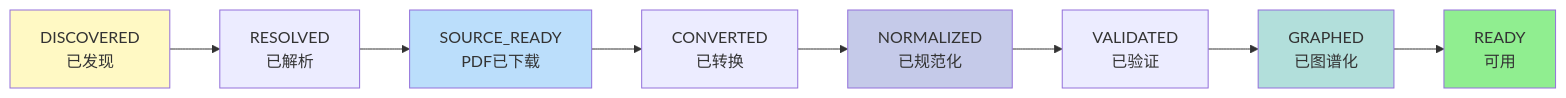
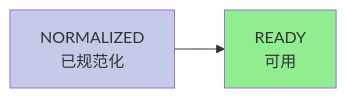
Before and after one commit to Chi-hong22/PaperBase: the diagram in README.md, drawn with Mermaid. The commit also changed other lines of this file and 3 other files, not shown here.

````diff
--- a/README.md
+++ b/README.md
@@ -388,16 +397,7 @@
 ```mermaid
 graph LR
-    A[DISCOVERED<br/>已发现] --> B[RESOLVED<br/>已解析]
-    B --> C[SOURCE_READY<br/>PDF已下载]
-    C --> D[CONVERTED<br/>已转换]
-    D --> E[NORMALIZED<br/>已规范化]
-    E --> F[VALIDATED<br/>已验证]
-    F --> G[GRAPHED<br/>已图谱化]
-    G --> H[READY<br/>可用]
+    A[NORMALIZED<br/>已规范化] --> B[READY<br/>可用]
     
-    style H fill:#90EE90
-    style A fill:#FFF9C4
-    style C fill:#BBDEFB
-    style E fill:#C5CAE9
-    style G fill:#B2DFDB
+    style B fill:#90EE90
+    style A fill:#C5CAE9
 ```
````
